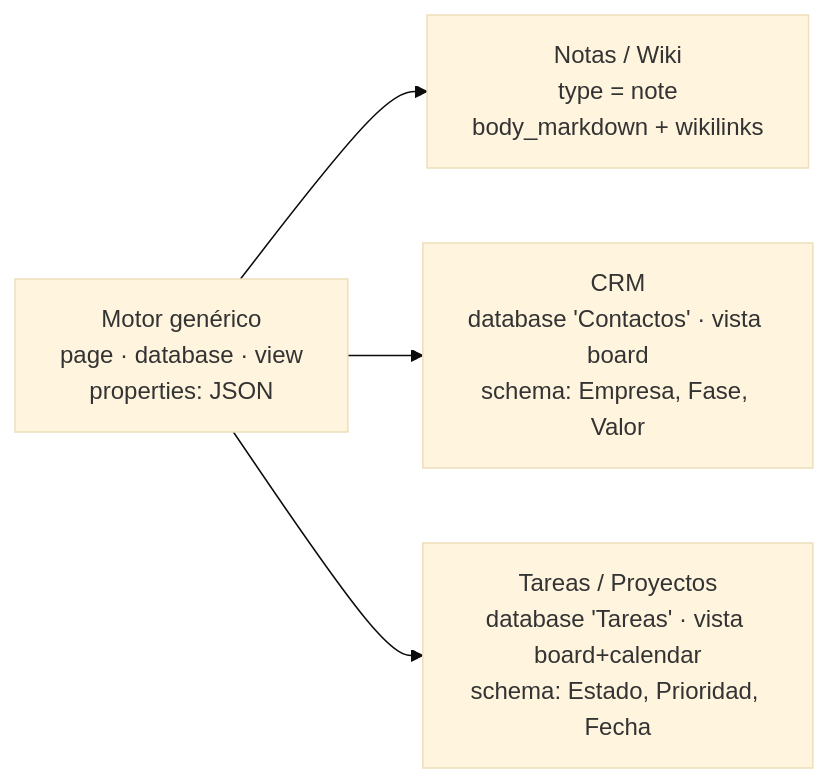
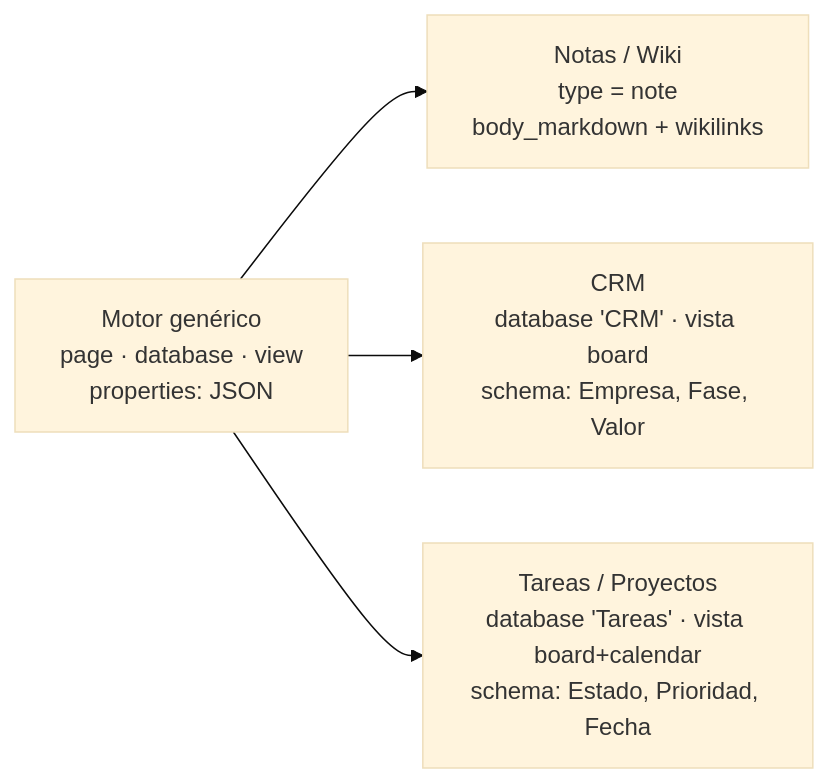
One commit to joaquinrodfer/MyDamnManagement changed the first of 9 diagrams in docs/ARCHITECTURE.md. Above: the diagram before and after it, drawn with Mermaid (base theme). The commit also changed other lines of this file and 1 other file, not shown here.

First line of the commit message:
docs: ARCHITECTURE llama «CRM» a la base de la plantilla CRM

````diff
--- a/docs/ARCHITECTURE.md
+++ b/docs/ARCHITECTURE.md
@@ -35,11 +35,11 @@
 ```mermaid
 graph LR
     ENGINE["Motor genérico<br/>page · database · view<br/>properties: JSON"]
     NOTES["Notas / Wiki<br/>type = note<br/>body_markdown + wikilinks"]
-    CRM["CRM<br/>database 'Contactos' · vista board<br/>schema: Empresa, Fase, Valor"]
+    CRM["CRM<br/>database 'CRM' · vista board<br/>schema: Empresa, Fase, Valor"]
     TASKS["Tareas / Proyectos<br/>database 'Tareas' · vista board+calendar<br/>schema: Estado, Prioridad, Fecha"]
 
     ENGINE --> NOTES
     ENGINE --> CRM
     ENGINE --> TASKS
 ```
````
